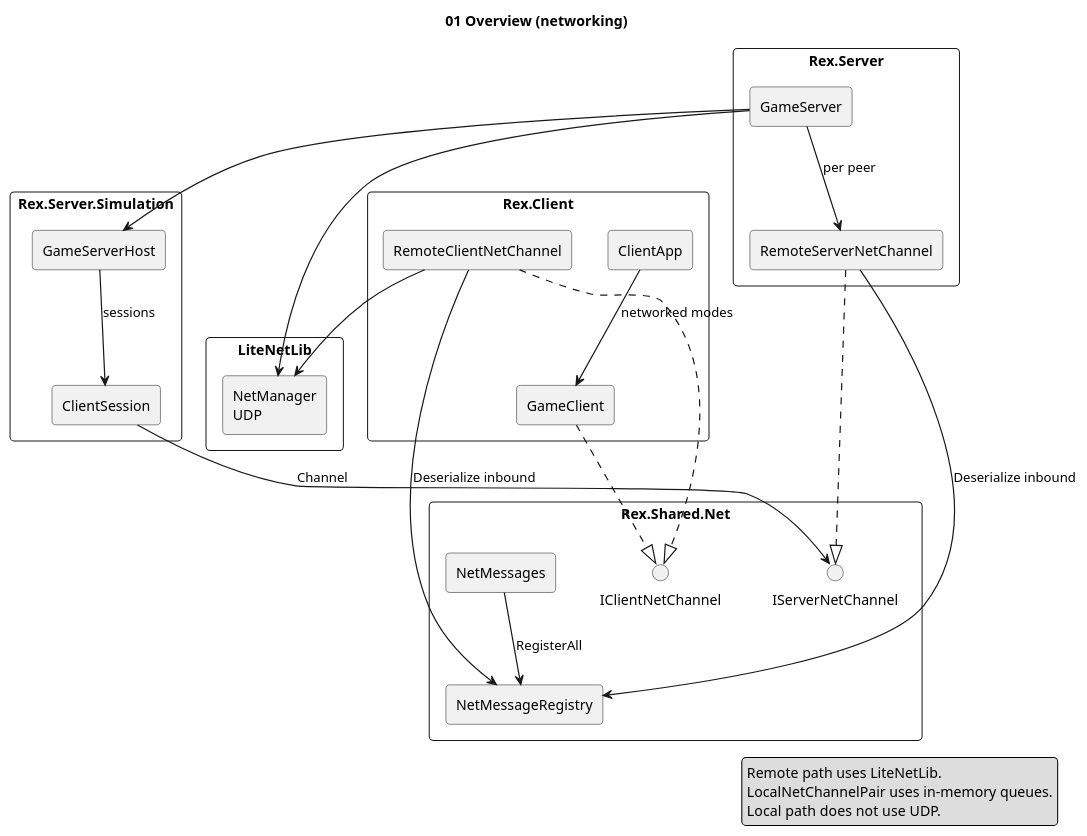
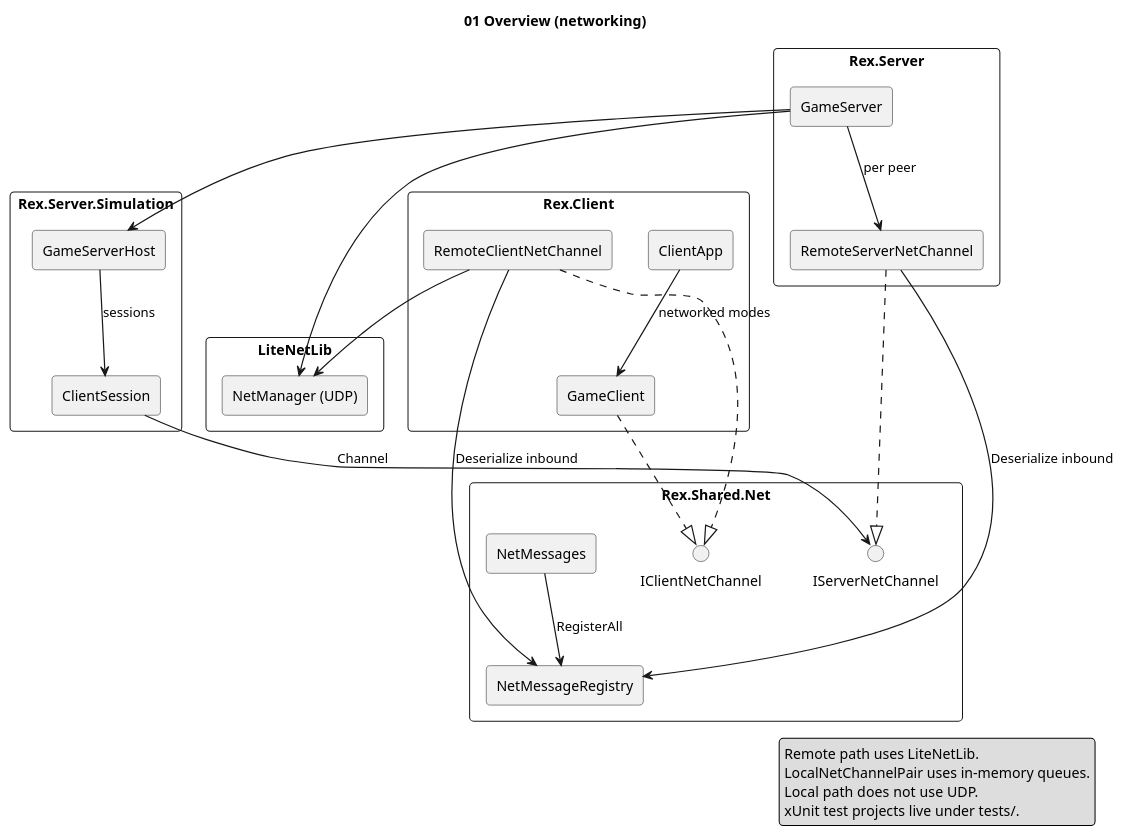
One commit to Rinzii/RexEngine changed the diagram in docs/net/01-overview-components.puml. Above: the diagram before and after it, drawn with PlantUML. The commit also changed 8 other files, not shown here.

Commit message:
Update diagrams to match changes made for unit tests

```diff
--- a/docs/net/01-overview-components.puml
+++ b/docs/net/01-overview-components.puml
@@ -1,60 +1,61 @@
 @startuml 01-overview-components
 
 title 01 Overview (networking)
 
 skinparam shadowing false
 skinparam roundcorner 8
 skinparam componentStyle rectangle
 skinparam packageStyle rectangle
 skinparam ArrowThickness 1.2
 
 package "Rex.Client" {
   component [ClientApp] as CA
   component [GameClient] as GC
   component [RemoteClientNetChannel] as RCC
 }
 
 package "Rex.Server" {
   component [GameServer] as GS
   component [RemoteServerNetChannel] as RSC
 }
 
 package "Rex.Server.Simulation" {
   component [GameServerHost] as GSH
   component [ClientSession] as CS
 }
 
 package "Rex.Shared.Net" {
   interface "IClientNetChannel" as IClient
   interface "IServerNetChannel" as IServer
   component [NetMessageRegistry] as NMR
   component [NetMessages] as NM
 }
 
 package "LiteNetLib" {
-  component [NetManager\nUDP] as LNL
+  component [NetManager (UDP)] as LNL
 }
 
 CA --> GC : networked modes
 GC ..|> IClient
 RCC ..|> IClient
 RCC --> LNL
 RCC --> NMR : Deserialize inbound
 
 GS --> GSH
 GS --> LNL
 GS --> RSC : per peer
 RSC ..|> IServer
 RSC --> NMR : Deserialize inbound
 
 GSH --> CS : sessions
 CS --> IServer : Channel
 NM --> NMR : RegisterAll
 
 legend right
   Remote path uses LiteNetLib.
   LocalNetChannelPair uses in-memory queues.
   Local path does not use UDP.
+  xUnit test projects live under tests/.
 end legend
 
 @enduml
```
